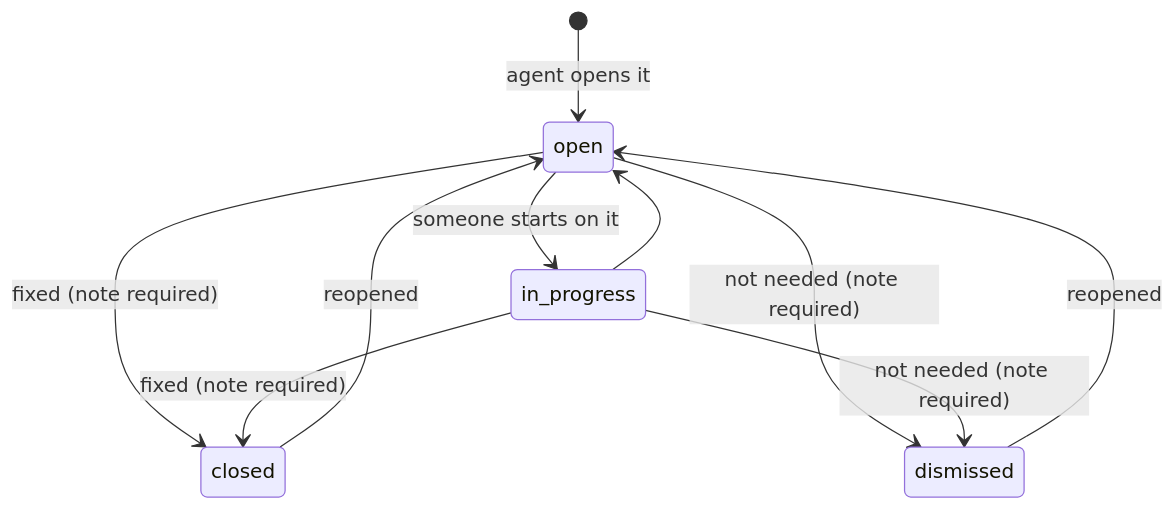
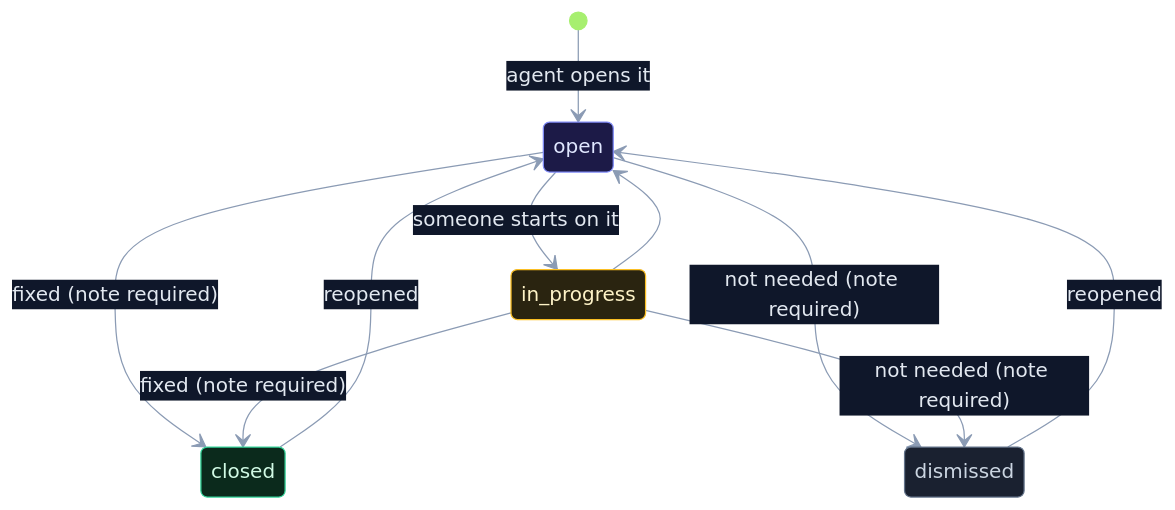
Before and after one commit to selvakumarperumal/Regulatory_Circular_Impact_Agent: diagram 16 of 21 in how_it_works.md, drawn with Mermaid. The commit also changed other lines of this file and 1 other file, not shown here.

````diff
--- a/how_it_works.md
+++ b/how_it_works.md
@@ -749,12 +946,22 @@
 ```mermaid
+%%{init: {"theme": "base", "themeVariables": {"darkMode": true, "primaryColor": "#16213a", "primaryTextColor": "#e6edf7", "primaryBorderColor": "#475a7a", "lineColor": "#8b9bb4", "secondaryColor": "#1b2436", "tertiaryColor": "#101a2e", "edgeLabelBackground": "#0f172a", "textColor": "#e2e8f0", "transitionColor": "#8b9bb4", "transitionLabelColor": "#e2e8f0", "stateLabelColor": "#e6edf7", "labelBackgroundColor": "#0f172a", "specialStateColor": "#a7ef6f", "innerEndBackground": "#a7ef6f", "stateBkg": "#16213a", "stateBorder": "#475a7a"}}}%%
 stateDiagram-v2
     [*] --> open: agent opens it
     open --> in_progress: someone starts on it
     in_progress --> open
     open --> closed: fixed (note required)
     in_progress --> closed: fixed (note required)
     open --> dismissed: not needed (note required)
     in_progress --> dismissed: not needed (note required)
     closed --> open: reopened
     dismissed --> open: reopened
+
+    classDef open fill:#1c1a47,stroke:#818cf8,color:#e0e7ff
+    classDef progress fill:#2a2410,stroke:#fbbf24,color:#fef3c7
+    classDef done fill:#0b2a1c,stroke:#34d399,color:#d1fae5
+    classDef quiet fill:#1a2130,stroke:#64748b,color:#cbd5e1
+    class open open
+    class in_progress progress
+    class closed done
+    class dismissed quiet
 ```
````
